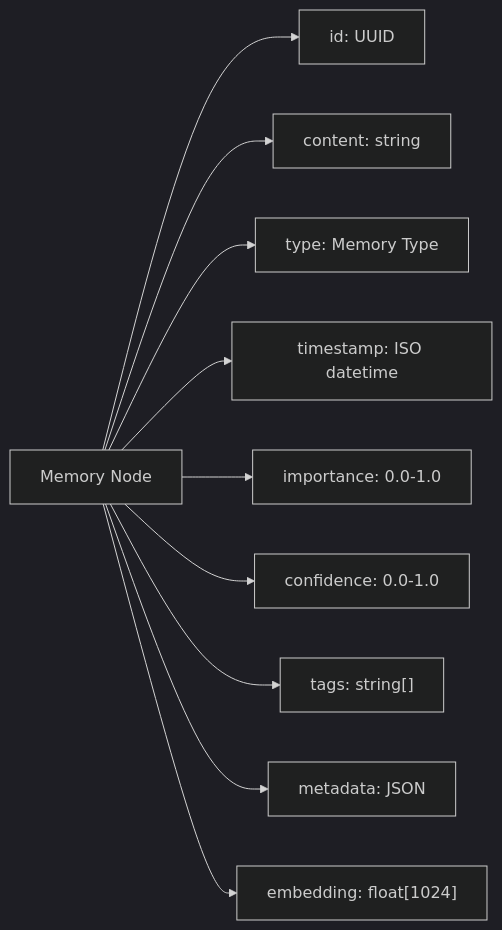
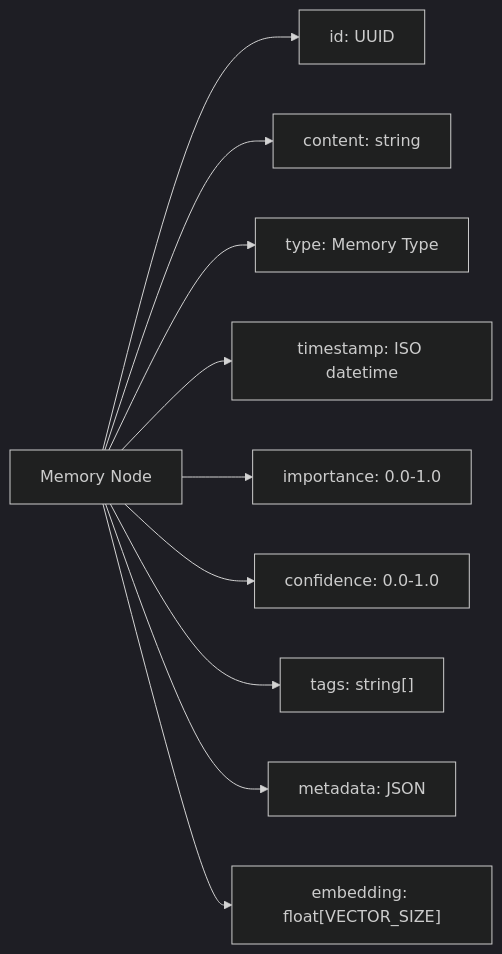
The first of 6 diagrams in src/content/docs/docs/core-concepts/memory-model.md (verygoodplugins/automem-website), drawn with Mermaid (dark theme) before and after one commit. The commit also changed other lines of this file and 1 other file, not shown here.

First line of the commit message:
docs: align memory model with AutoMem 0.16.2 recall, embedding, and classification behavior (#398)

````diff
--- a/src/content/docs/docs/core-concepts/memory-model.md
+++ b/src/content/docs/docs/core-concepts/memory-model.md
@@ -24,13 +24,13 @@
 ```mermaid
 graph LR
     Memory["Memory Node"]
     Memory --> id["id: UUID"]
     Memory --> content["content: string"]
     Memory --> type["type: Memory Type"]
     Memory --> timestamp["timestamp: ISO datetime"]
     Memory --> importance["importance: 0.0-1.0"]
     Memory --> confidence["confidence: 0.0-1.0"]
     Memory --> tags["tags: string[]"]
     Memory --> metadata["metadata: JSON"]
-    Memory --> embedding["embedding: float[1024]"]
+    Memory --> embedding["embedding: float[VECTOR_SIZE]"]
 ```
````
